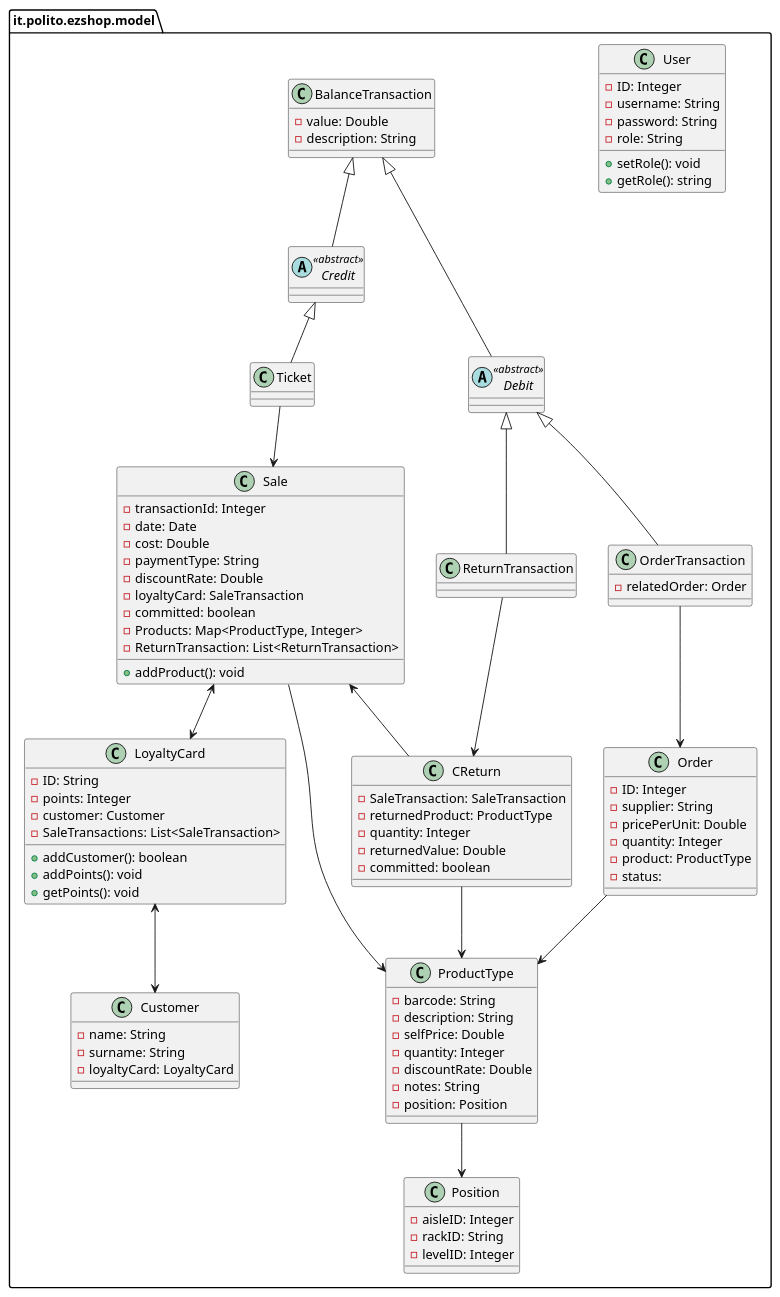
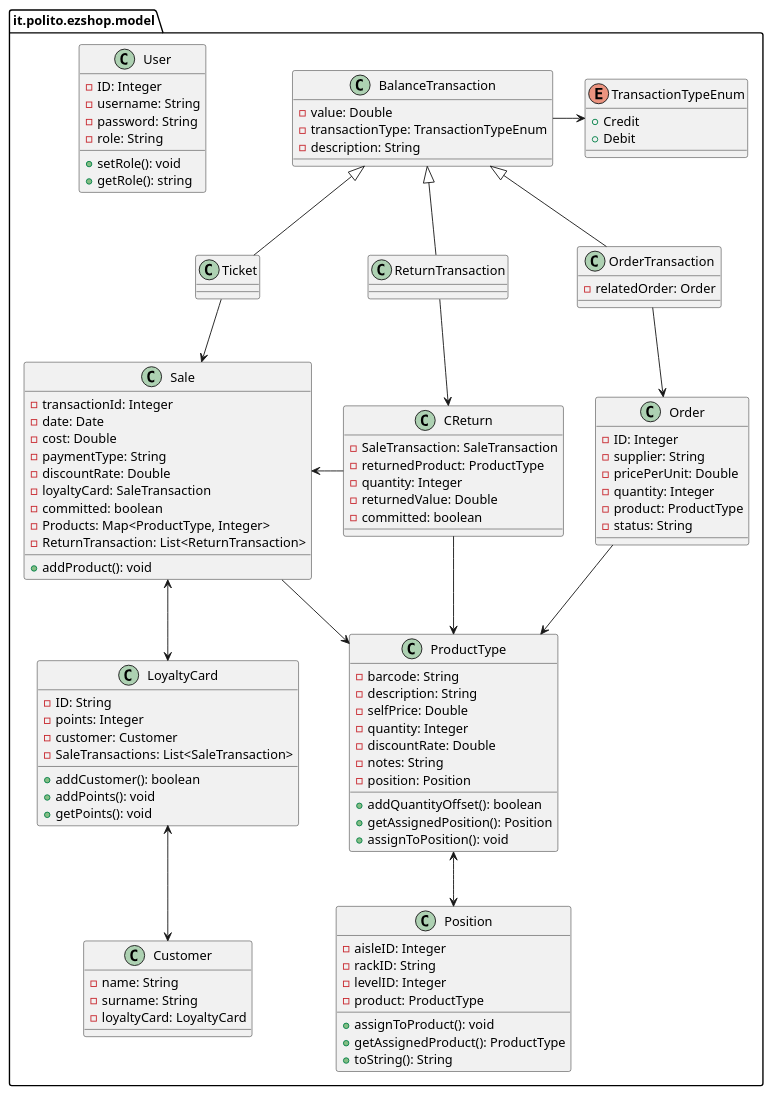
The third of 4 diagrams in Deliverables/DesignDocument.md (thegabriele97/EzShop), drawn with PlantUML before and after one commit.

Commit message:
docs: DesignDocument, class diagram - removed useless classes, trying to match everything

````diff
--- a/Deliverables/DesignDocument.md
+++ b/Deliverables/DesignDocument.md
@@ -173,4 +173,5 @@
 ```plantuml
+
 
 package "it.polito.ezshop.model" as model {
     class User {
@@ -190,12 +191,19 @@
         -discountRate: Double
         -notes: String
         -position: Position
+        {method} +addQuantityOffset(): boolean
+        +getAssignedPosition(): Position
+        +assignToPosition(): void
     }
 
     class Position {
         -aisleID: Integer
         -rackID: String
         -levelID: Integer
+        -product: ProductType
+        {method} +assignToProduct(): void
+        +getAssignedProduct(): ProductType
+        +toString(): String
     }
 
     class Ticket {
@@ -237,20 +245,18 @@
         -pricePerUnit: Double
         -quantity: Integer
         -product: ProductType
-        -status: 
+        -status: String 
+    }
+
+    enum TransactionTypeEnum {
+        +Credit
+        +Debit
     }
 
     class BalanceTransaction {
         -value: Double
+        -transactionType: TransactionTypeEnum
         -description: String
-    }
-
-    abstract Credit <<abstract>> {
-
-    }
-
-    abstract Debit <<abstract>> {
-
     }
 
     class Customer {
@@ -270,20 +276,17 @@
     }
 
 
-    ProductType --> Position
+    ProductType <--> Position
     CReturn --> ProductType
     Sale --> ProductType
-    Sale <-- CReturn
+    Sale <-right- CReturn
 
     LoyaltyCard <--> Customer
     Sale <--> LoyaltyCard
 
-    BalanceTransaction <|-- Credit
-    BalanceTransaction <|-- Debit
-
-    Credit <|-- Ticket
-    Debit <|-- ReturnTransaction
-    Debit <|-- OrderTransaction
+    BalanceTransaction <|-- Ticket
+    BalanceTransaction <|-- ReturnTransaction
+    BalanceTransaction <|-- OrderTransaction
 
     OrderTransaction --> Order
     Order --> ProductType
@@ -291,6 +294,8 @@
 
     CReturn <-up- ReturnTransaction 
 
+    BalanceTransaction -right-> TransactionTypeEnum
+
 }
 
 ```
````
